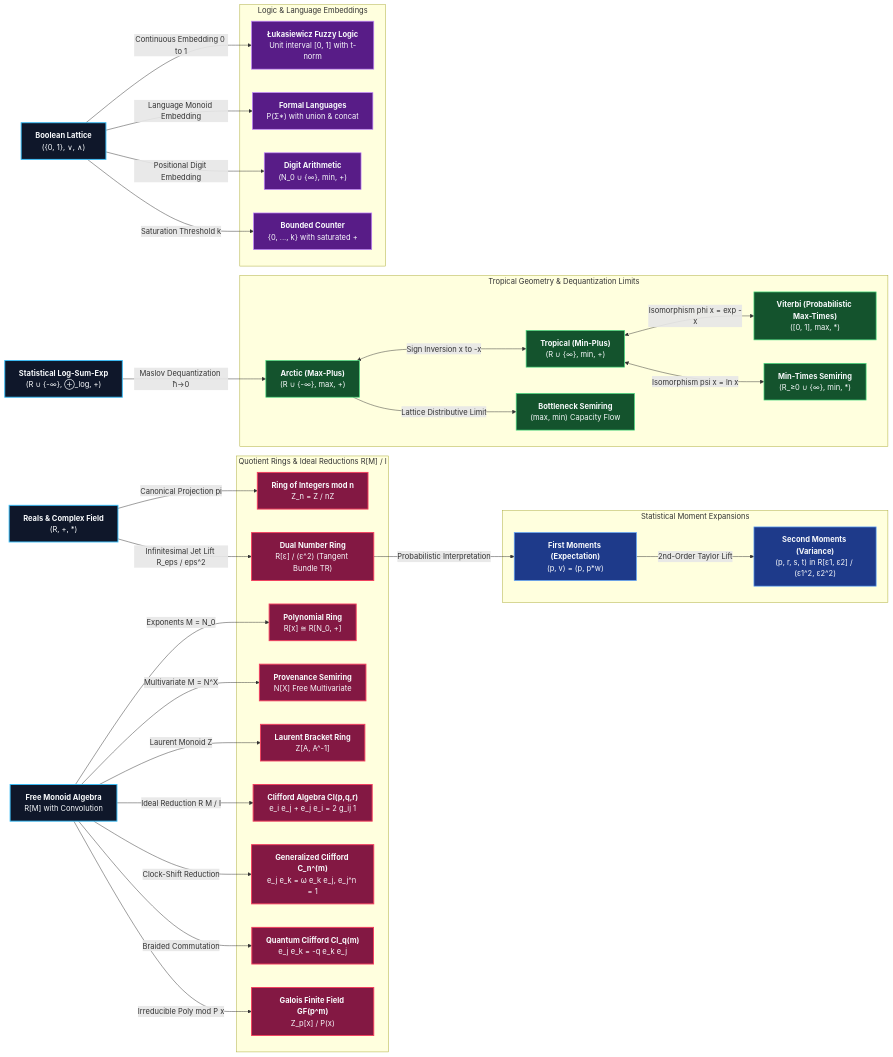
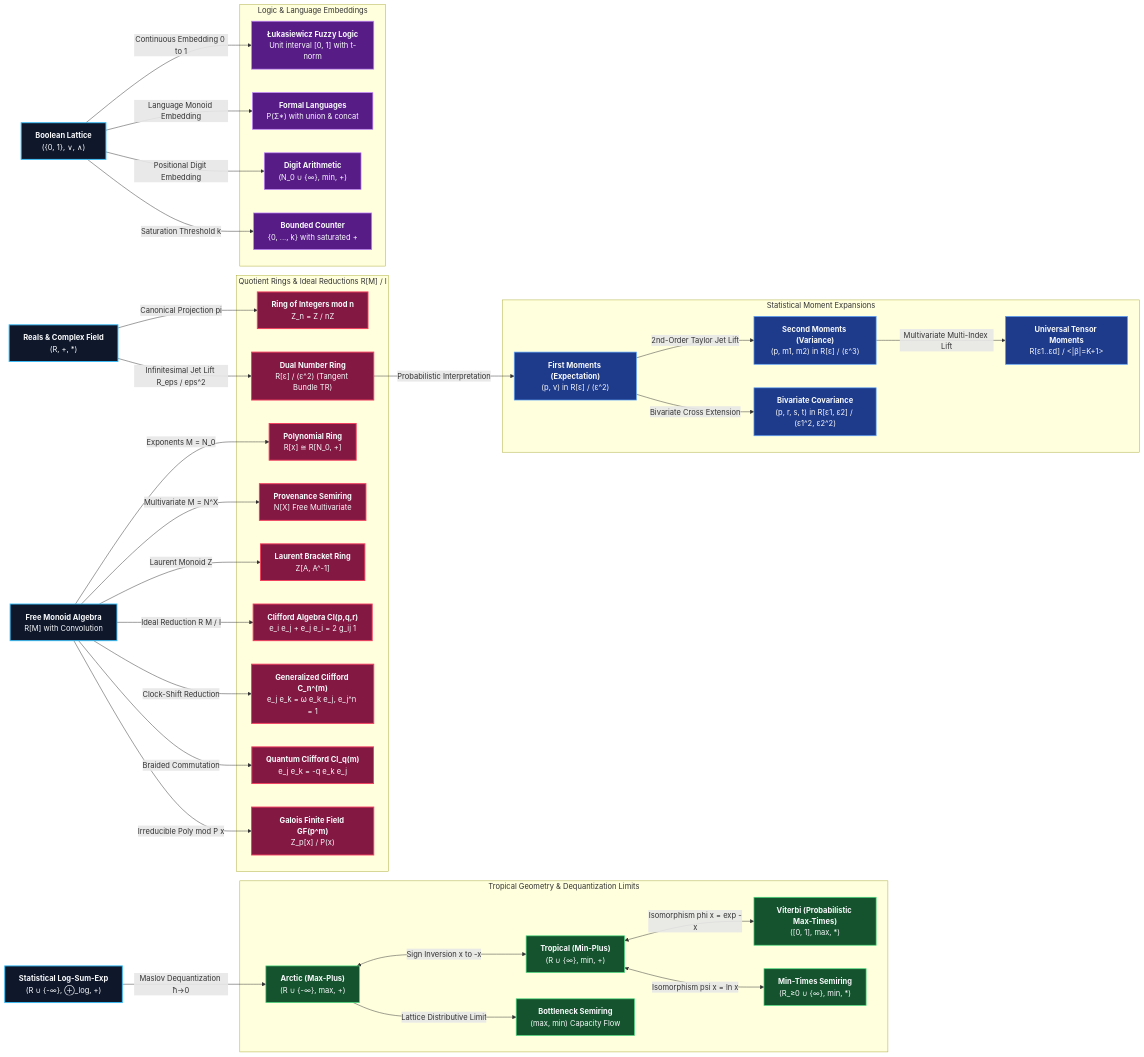
The second of 2 diagrams in docs/tutorials/semirings/index.md (erivlis/algebrax), drawn with Mermaid before and after one commit. The commit also changed other lines of this file and 1 other file, not shown here.

````diff
--- a/docs/tutorials/semirings/index.md
+++ b/docs/tutorials/semirings/index.md
@@ -174,77 +195,81 @@
 ```mermaid
 flowchart LR
 %% Styling Classes
     classDef mathroot fill:#0f172a,stroke:#38bdf8,stroke-width:2px,color:#f8fafc;
     classDef mathnode fill:#1e3a8a,stroke:#60a5fa,stroke-width:1.5px,color:#f8fafc;
     classDef mathquote fill:#831843,stroke:#f43f5e,stroke-width:2px,color:#f8fafc;
     classDef mathtrop fill:#14532d,stroke:#4ade80,stroke-width:1.5px,color:#f8fafc;
     classDef mathlogic fill:#581c87,stroke:#c084fc,stroke-width:1.5px,color:#f8fafc;
 
 %% Mathematical Root Structures
     RField["<b>Reals & Complex Field</b><br/>(R, +, *)"]:::mathroot
     FreeMonoid["<b>Free Monoid Algebra</b><br/>R[M] with Convolution"]:::mathroot
     LogSumExp["<b>Statistical Log-Sum-Exp</b><br/>(R ∪ {-∞}, ⊕_log, +)"]:::mathroot
     BoolLattice["<b>Boolean Lattice</b><br/>({0, 1}, ∨, ∧)"]:::mathroot
 
 %% Quotients of R and Free Algebras
     subgraph Quotients["Quotient Rings & Ideal Reductions R[M] / I"]
         ZModN["<b>Ring of Integers mod n</b><br/>Z_n = Z / nZ"]:::mathquote
         DualRing["<b>Dual Number Ring</b><br/>R[ε] / (ε^2) (Tangent Bundle TR)"]:::mathquote
         PolyRing["<b>Polynomial Ring</b><br/>R[x] ≅ R[N_0, +]"]:::mathquote
         ProvSemi["<b>Provenance Semiring</b><br/>N[X] Free Multivariate"]:::mathquote
         KnotRing["<b>Laurent Bracket Ring</b><br/>Z[A, A^-1]"]:::mathquote
         CliffordAlg["<b>Clifford Algebra Cl(p,q,r)</b><br/>e_i e_j + e_j e_i = 2 g_ij 1"]:::mathquote
         GCAAlg["<b>Generalized Clifford C_n^(m)</b><br/>e_j e_k = ω e_k e_j, e_j^n = 1"]:::mathquote
         QuantumCliffordAlg["<b>Quantum Clifford Cl_q(m)</b><br/>e_j e_k = -q e_k e_j"]:::mathquote
         GaloisFieldAlg["<b>Galois Finite Field GF(p^m)</b><br/>Z_p[x] / P(x)"]:::mathquote
     end
 
 %% Tropical & Optimization Family
     subgraph TropicalGeometry["Tropical Geometry & Dequantization Limits"]
         MaxPlus["<b>Arctic (Max-Plus)</b><br/>(R ∪ {-∞}, max, +)"]:::mathtrop
         MinPlus["<b>Tropical (Min-Plus)</b><br/>(R ∪ {∞}, min, +)"]:::mathtrop
         ViterbiProb["<b>Viterbi (Probabilistic Max-Times)</b><br/>([0, 1], max, *)"]:::mathtrop
         MinTimesProb["<b>Min-Times Semiring</b><br/>(R_≥0 ∪ {∞}, min, *)"]:::mathtrop
         BottleneckLatt["<b>Bottleneck Semiring</b><br/>(max, min) Capacity Flow"]:::mathtrop
     end
 
 %% Logic Embeddings
     subgraph LogicEmbeddings["Logic & Language Embeddings"]
         Fuzzy["<b>Łukasiewicz Fuzzy Logic</b><br/>Unit interval [0, 1] with t-norm"]:::mathlogic
         FormalLang["<b>Formal Languages</b><br/>P(Σ*) with union & concat"]:::mathlogic
         DigitalRing["<b>Digit Arithmetic</b><br/>(N_0 ∪ {∞}, min, +)"]:::mathlogic
         BoundedCount["<b>Bounded Counter</b><br/>{0, ..., k} with saturated +"]:::mathlogic
     end
 
 %% Statistical Moment Extensions
     subgraph StatisticalMoments["Statistical Moment Expansions"]
-        FirstMoment["<b>First Moments (Expectation)</b><br/>(p, v) = (p, p*w)"]:::mathnode
-        SecondMoment["<b>Second Moments (Variance)</b><br/>(p, r, s, t) in R[ε1, ε2] / (ε1^2, ε2^2)"]:::mathnode
+        FirstMoment["<b>First Moments (Expectation)</b><br/>(p, v) in R[ε] / (ε^2)"]:::mathnode
+        SecondMoment["<b>Second Moments (Variance)</b><br/>(p, m1, m2) in R[ε] / (ε^3)"]:::mathnode
+        BivarCovariance["<b>Bivariate Covariance</b><br/>(p, r, s, t) in R[ε1, ε2] / (ε1^2, ε2^2)"]:::mathnode
+        MultiMoments["<b>Universal Tensor Moments</b><br/>R[ε1..εd] / <|β|=K+1>"]:::mathnode
     end
 
 %% Morphisms & Mathematical Transitions
     RField -->|Canonical Projection pi| ZModN
     RField -->|Infinitesimal Jet Lift R_eps / eps^2| DualRing
 
     FreeMonoid -->|Exponents M = N_0| PolyRing
     FreeMonoid -->|Multivariate M = N^X| ProvSemi
     FreeMonoid -->|Laurent Monoid Z| KnotRing
     FreeMonoid -->|Ideal Reduction R M / I| CliffordAlg
     FreeMonoid -->|Clock-Shift Reduction| GCAAlg
     FreeMonoid -->|Braided Commutation| QuantumCliffordAlg
     FreeMonoid -->|Irreducible Poly mod P x| GaloisFieldAlg
 
     LogSumExp -->|Maslov Dequantization ħ→0| MaxPlus
     MaxPlus <-->|Sign Inversion x to -x| MinPlus
     MinPlus <-->|Isomorphism phi x = exp -x| ViterbiProb
     MinPlus <-->|Isomorphism psi x = ln x| MinTimesProb
     MaxPlus -->|Lattice Distributive Limit| BottleneckLatt
 
     BoolLattice -->|Continuous Embedding 0 to 1| Fuzzy
     BoolLattice -->|Language Monoid Embedding| FormalLang
     BoolLattice -->|Positional Digit Embedding| DigitalRing
     BoolLattice -->|Saturation Threshold k| BoundedCount
 
     DualRing -->|Probabilistic Interpretation| FirstMoment
-    FirstMoment -->|2nd-Order Taylor Lift| SecondMoment
+    FirstMoment -->|2nd-Order Taylor Jet Lift| SecondMoment
+    FirstMoment -->|Bivariate Cross Extension| BivarCovariance
+    SecondMoment -->|Multivariate Multi-Index Lift| MultiMoments
 ```
````
